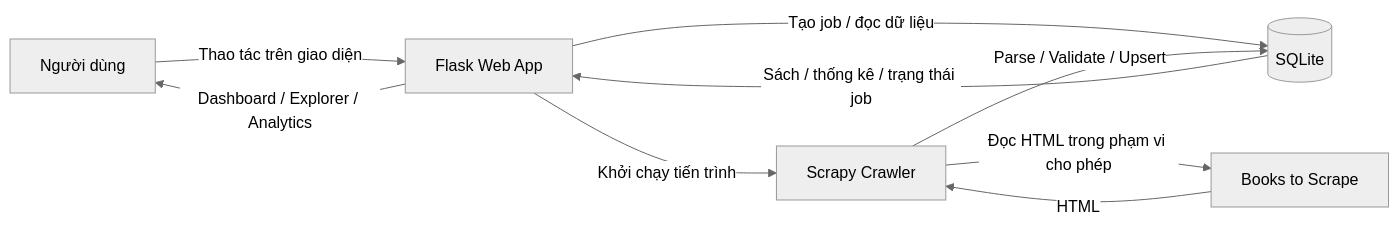
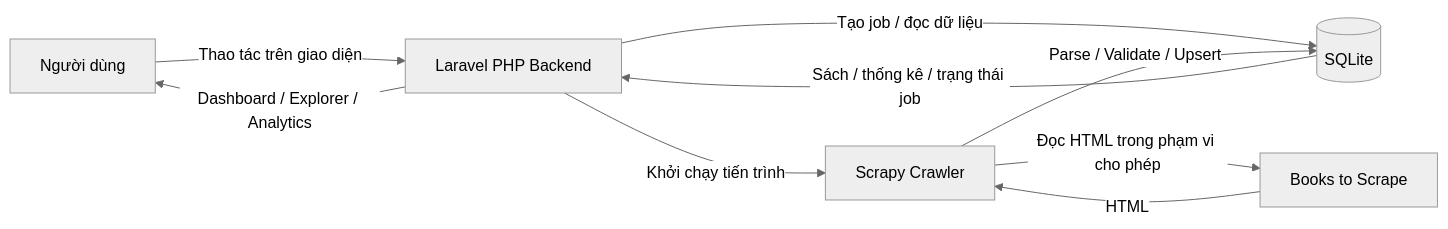
Before and after one commit to huytothevoz/LTW_ThucHanh: the diagram in README.md, drawn with Mermaid (neutral theme). The commit also changed other lines of this file and 77 other files, not shown here.

````diff
--- a/README.md
+++ b/README.md
@@ -70,11 +71,11 @@
 ```mermaid
 flowchart LR
-    A[Người dùng] -->|Thao tác trên giao diện| B[Flask Web App]
+    A[Người dùng] -->|Thao tác trên giao diện| B[Laravel PHP Backend]
     B -->|Tạo job / đọc dữ liệu| C[(SQLite)]
     B -->|Khởi chạy tiến trình| D[Scrapy Crawler]
     D -->|Đọc HTML trong phạm vi cho phép| E[Books to Scrape]
     E -->|HTML| D
     D -->|Parse / Validate / Upsert| C
     C -->|Sách / thống kê / trạng thái job| B
     B -->|Dashboard / Explorer / Analytics| A
 ```
````
